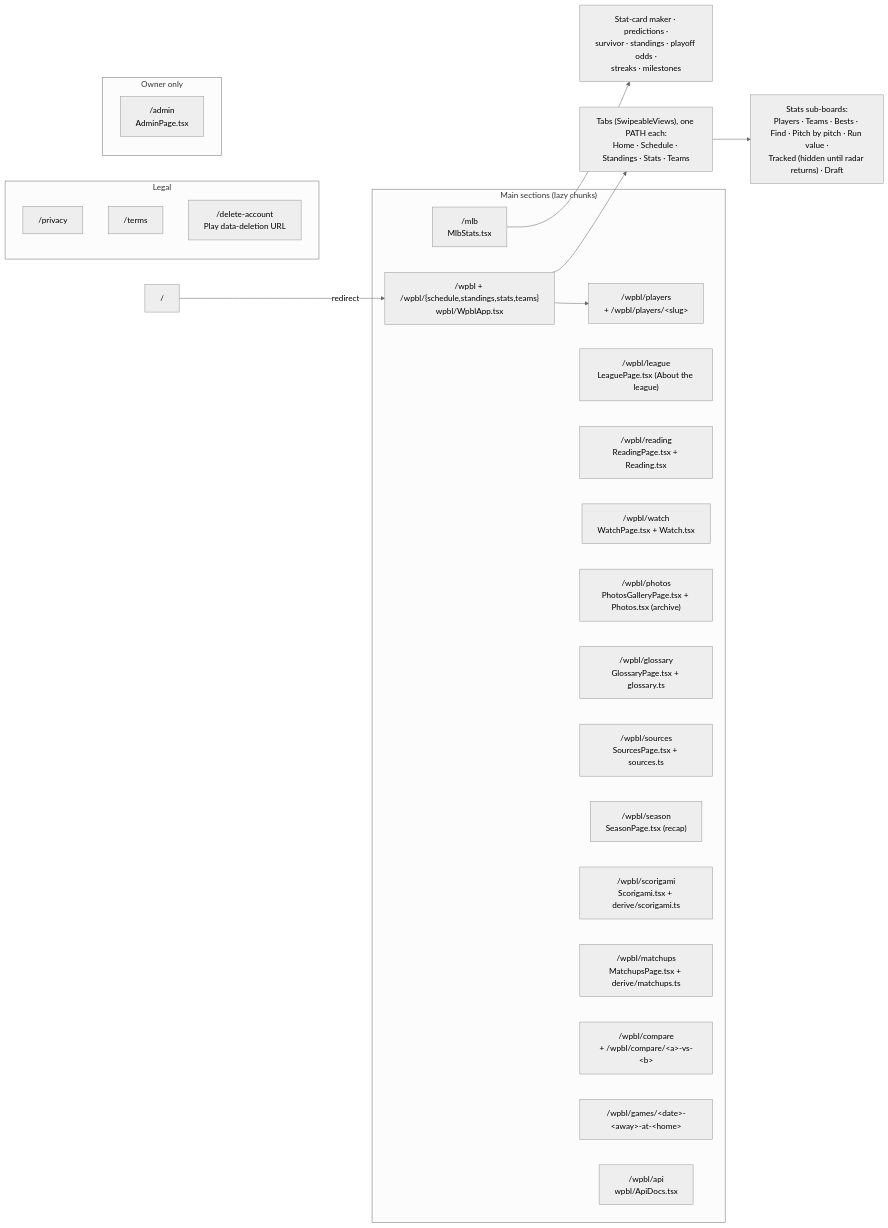
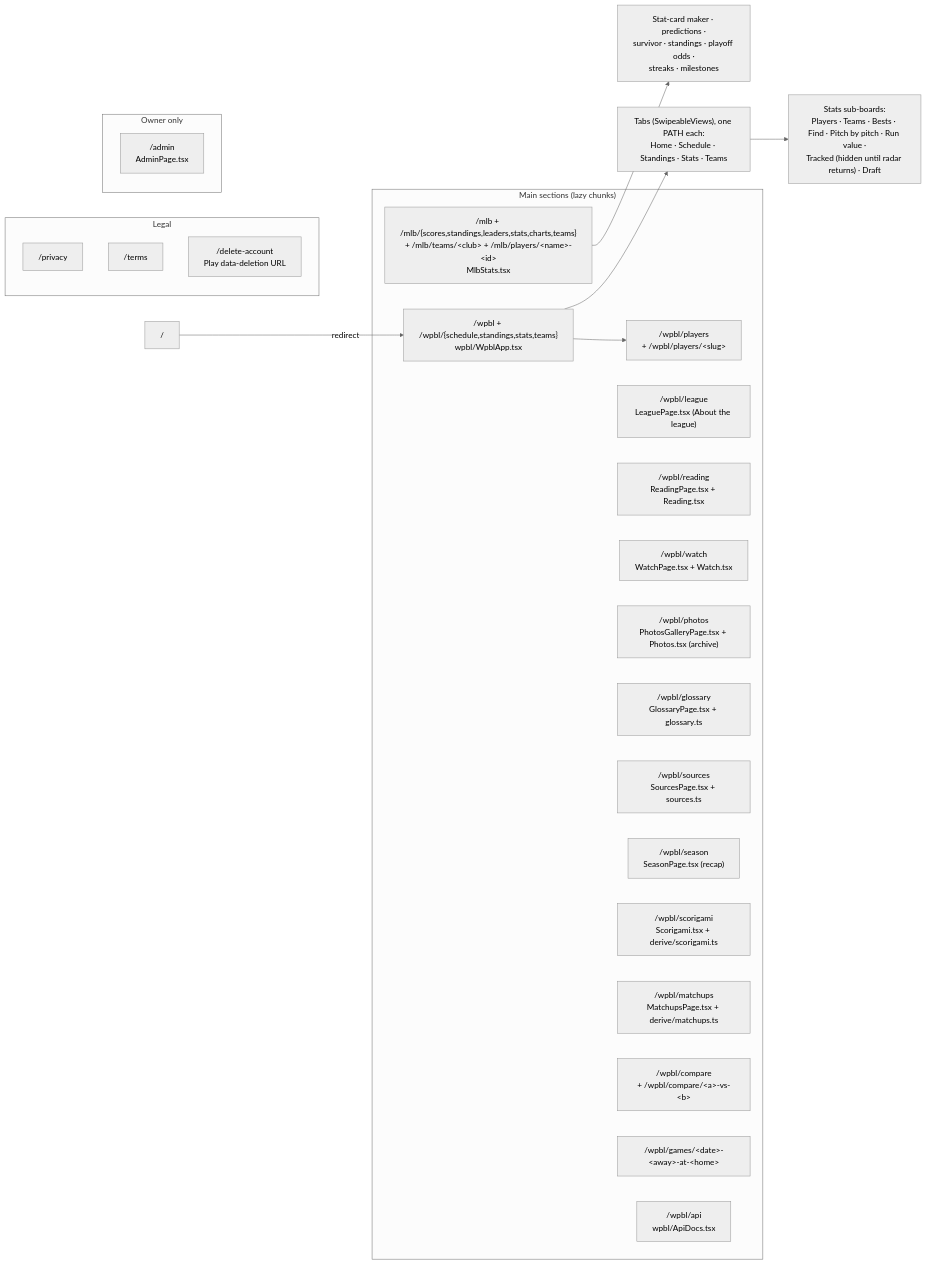
Before and after one commit to sportydolphin/fun: the second of 5 diagrams in ARCHITECTURE.md, drawn with Mermaid (neutral theme). The commit also changed other lines of this file and 22 other files, not shown here.

````diff
--- a/ARCHITECTURE.md
+++ b/ARCHITECTURE.md
@@ -98,36 +98,36 @@
 ```mermaid
 flowchart LR
     subgraph Main["Main sections (lazy chunks)"]
-        mlb["/mlb<br/>MlbStats.tsx"]
+        mlb["/mlb + /mlb/{scores,standings,leaders,stats,charts,teams}<br/>+ /mlb/teams/&lt;club&gt; + /mlb/players/&lt;name&gt;-&lt;id&gt;<br/>MlbStats.tsx"]
         wpbl["/wpbl + /wpbl/{schedule,standings,stats,teams}<br/>wpbl/WpblApp.tsx"]
         wplayers["/wpbl/players<br/>+ /wpbl/players/&lt;slug&gt;"]
         wleague["/wpbl/league<br/>LeaguePage.tsx (About the league)"]
         wreading["/wpbl/reading<br/>ReadingPage.tsx + Reading.tsx"]
         wwatch["/wpbl/watch<br/>WatchPage.tsx + Watch.tsx"]
         wphotos["/wpbl/photos<br/>PhotosGalleryPage.tsx + Photos.tsx (archive)"]
         wgloss["/wpbl/glossary<br/>GlossaryPage.tsx + glossary.ts"]
         wsrc["/wpbl/sources<br/>SourcesPage.tsx + sources.ts"]
         wseason["/wpbl/season<br/>SeasonPage.tsx (recap)"]
         wscori["/wpbl/scorigami<br/>Scorigami.tsx + derive/scorigami.ts"]
         wmatch["/wpbl/matchups<br/>MatchupsPage.tsx + derive/matchups.ts"]
         wcmp["/wpbl/compare<br/>+ /wpbl/compare/&lt;a&gt;-vs-&lt;b&gt;"]
         wgames["/wpbl/games/&lt;date&gt;-&lt;away&gt;-at-&lt;home&gt;"]
         api["/wpbl/api<br/>wpbl/ApiDocs.tsx"]
     end
 
     subgraph Legal["Legal"]
         priv["/privacy"]
         terms["/terms"]
         del["/delete-account<br/>Play data-deletion URL"]
     end
 
     subgraph Owner["Owner only"]
         adm["/admin<br/>AdminPage.tsx"]
     end
 
     root["/"] -->|redirect| wpbl
     wpbl --> wtabs["Tabs (SwipeableViews), one PATH each:<br/>Home · Schedule · Standings · Stats · Teams"]
     wtabs --> wstats["Stats sub-boards:<br/>Players · Teams · Bests · Find · Pitch by pitch · Run value ·<br/>Tracked (hidden until radar returns) · Draft"]
     wpbl --> wplayers
     mlb --> mtabs["Stat-card maker · predictions ·<br/>survivor · standings · playoff odds ·<br/>streaks · milestones"]
 ```
````
